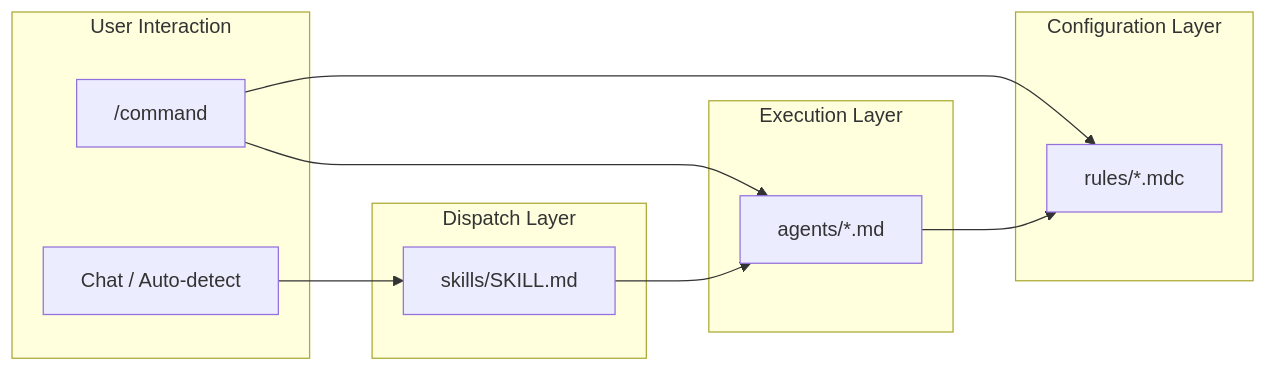
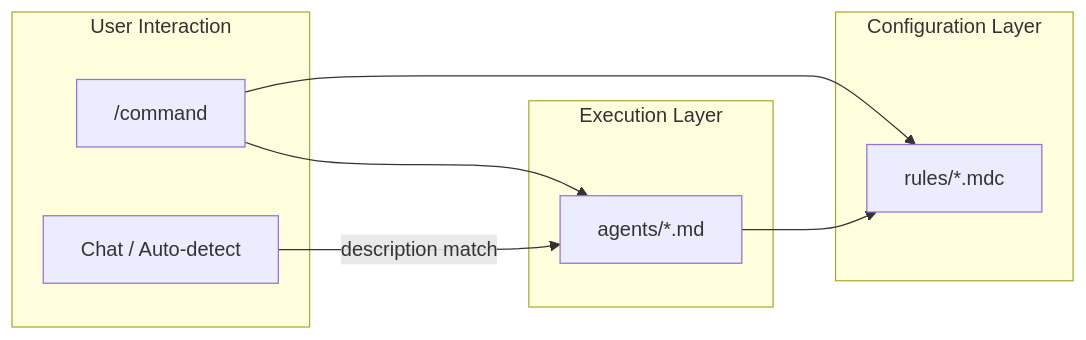
The first of 2 diagrams in packages/cursor/README.md (yug1224/dotfiles), drawn with Mermaid before and after one commit. The commit also changed other lines of this file and 34 other files, not shown here.

````diff
--- a/packages/cursor/README.md
+++ b/packages/cursor/README.md
@@ -20,21 +19,17 @@
 ```mermaid
 flowchart LR
     subgraph user [User Interaction]
         Command["/command"]
         Chat["Chat / Auto-detect"]
-    end
-    subgraph dispatch [Dispatch Layer]
-        Skill["skills/SKILL.md"]
     end
     subgraph execution [Execution Layer]
         Agent["agents/*.md"]
     end
     subgraph config [Configuration Layer]
         Rule["rules/*.mdc"]
     end
     Command --> Agent
-    Chat --> Skill
-    Skill --> Agent
+    Chat -->|"description match"| Agent
     Agent --> Rule
     Command --> Rule
 ```
````
